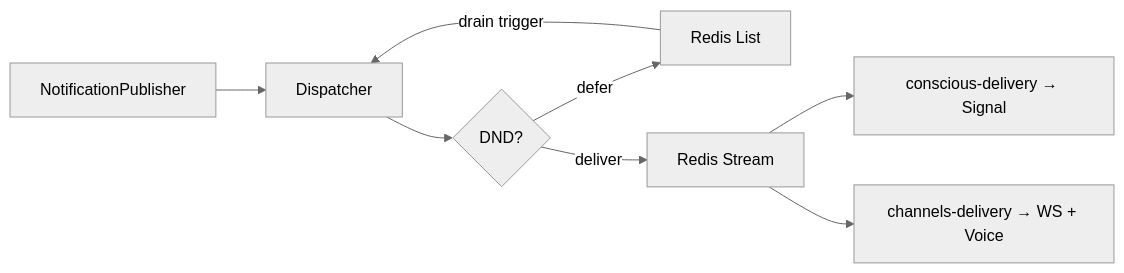
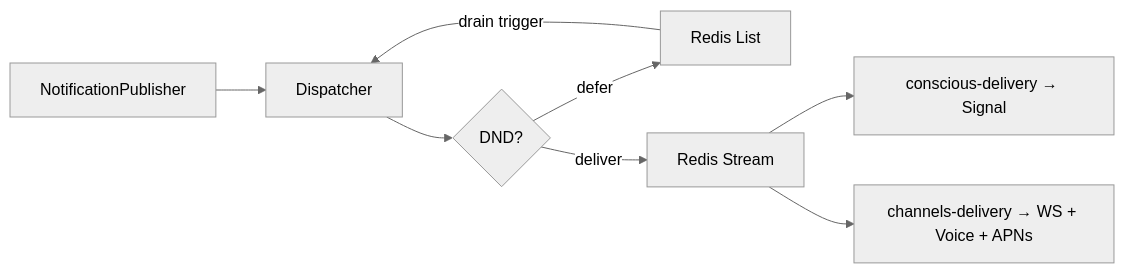
One commit to anirudhlath/alfred changed the second of 2 diagrams in core/CLAUDE.md. Above: the diagram before and after it, drawn with Mermaid (neutral theme). The commit also changed other lines of this file and 1 other file, not shown here.

````diff
--- a/core/CLAUDE.md
+++ b/core/CLAUDE.md
@@ -108,10 +108,10 @@
 ```mermaid
 graph LR
     Pub[NotificationPublisher] --> Disp[Dispatcher]
     Disp --> DND{DND?}
     DND -->|defer| List[Redis List]
     DND -->|deliver| Stream[Redis Stream]
     Stream --> CG1[conscious-delivery → Signal]
-    Stream --> CG2[channels-delivery → WS + Voice]
+    Stream --> CG2[channels-delivery → WS + Voice + APNs]
     List -->|drain trigger| Disp
 ```
````
